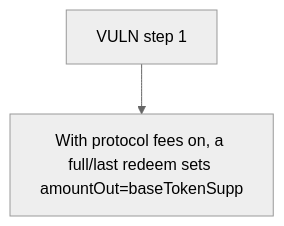
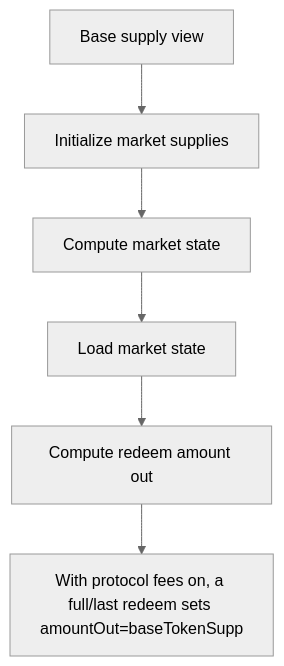
One commit to sanbir/evm-hack-registry changed the diagram in 62822-h-01-not-excluding-accruedprotocolfee-from-state-update-oper_exp/62822-h-01-not-excluding-accruedprotocolfee-from-state-update-oper_exp.md. Above: the diagram before and after it, drawn with Mermaid (neutral theme). The commit also changed other lines of this file and 79 other files, not shown here.

````diff
--- a/62822-h-01-not-excluding-accruedprotocolfee-from-state-update-oper_exp/62822-h-01-not-excluding-accruedprotocolfee-from-state-update-oper_exp.md
+++ b/62822-h-01-not-excluding-accruedprotocolfee-from-state-update-oper_exp/62822-h-01-not-excluding-accruedprotocolfee-from-state-update-oper_exp.md
@@ -28,6 +28,14 @@
 ```mermaid
 flowchart TD
-  S0["VULN step 1"]
+  S0["Base supply view"]
+  S1["Initialize market supplies"]
+  S2["Compute market state"]
+  S3["Load market state"]
+  S4["Compute redeem amount out"]
   H["With protocol fees on, a full/last redeem sets amountOut=baseTokenSupp"]
-  S0 --> H
+  S0 --> S1
+  S1 --> S2
+  S2 --> S3
+  S3 --> S4
+  S4 --> H
 ```
````
